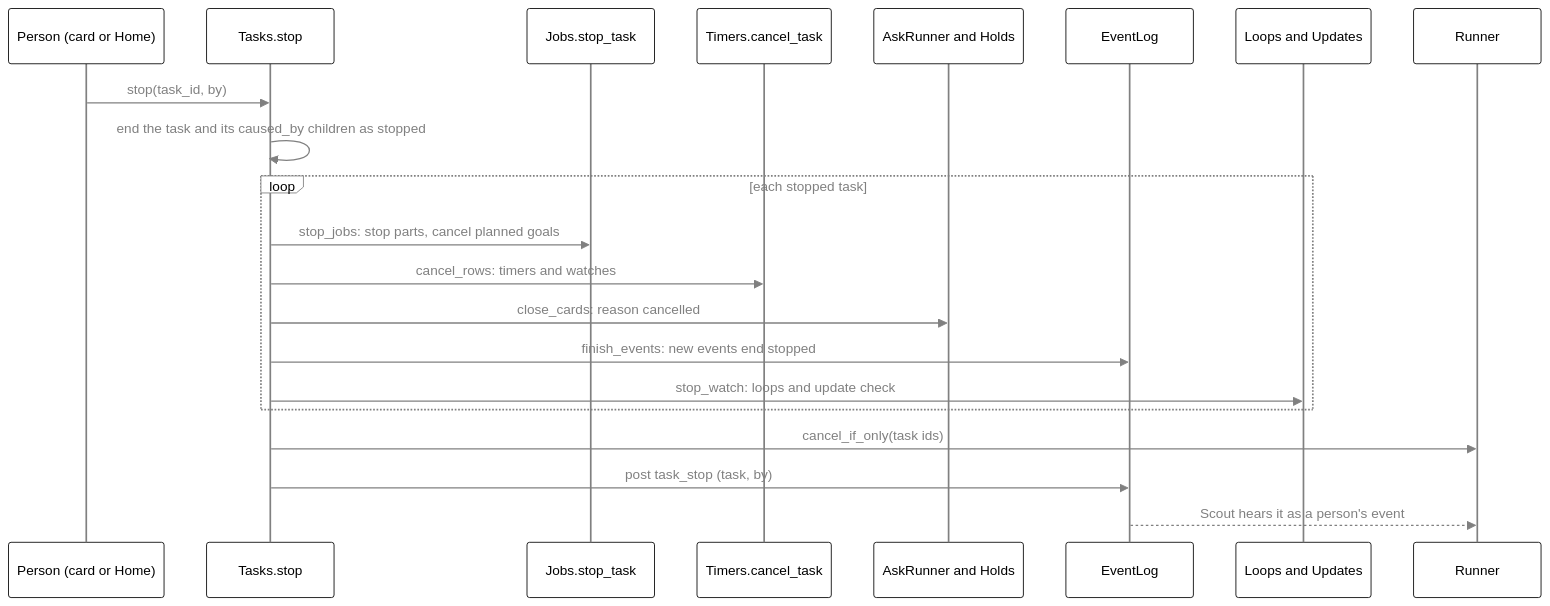
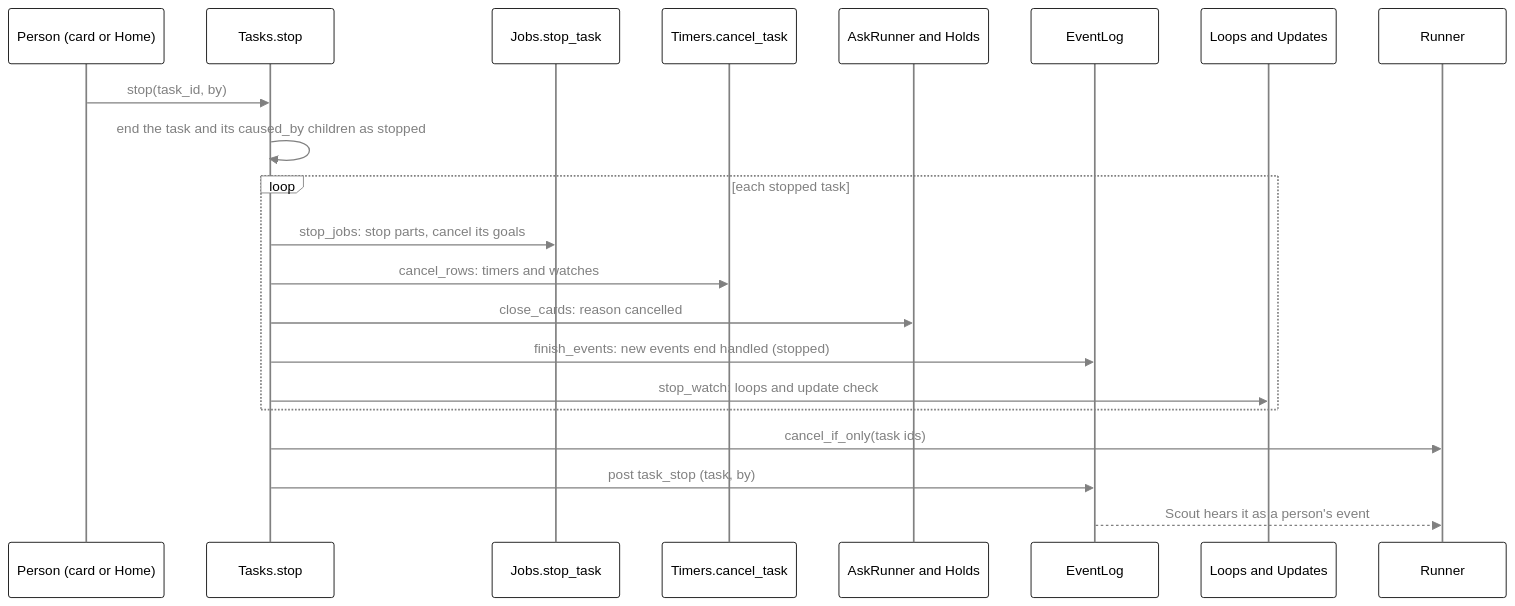
One commit to nadeem4/tagalong changed the fourth of 5 diagrams in docs/brain/tasks.md. Above: the diagram before and after it, drawn with Mermaid. The commit also changed other lines of this file and 3 other files, not shown here.

````diff
--- a/docs/brain/tasks.md
+++ b/docs/brain/tasks.md
@@ -160,24 +167,24 @@
 ```mermaid
 %%{init: {"theme": "base", "themeVariables": {"primaryColor": "#ffffff", "primaryTextColor": "#000000", "primaryBorderColor": "#000000", "lineColor": "#808080", "arrowheadColor": "#808080", "secondaryColor": "#f2f2f2", "tertiaryColor": "#ffffff", "clusterBkg": "#f7f7f7", "clusterBorder": "#808080", "edgeLabelBackground": "#ffffff", "titleColor": "#808080", "actorBkg": "#ffffff", "actorBorder": "#000000", "actorTextColor": "#000000", "actorLineColor": "#808080", "signalColor": "#808080", "signalTextColor": "#808080", "sequenceNumberColor": "#ffffff", "labelBoxBkgColor": "#ffffff", "labelBoxBorderColor": "#808080", "labelTextColor": "#000000", "loopTextColor": "#808080", "noteBkgColor": "#f7f7f7", "noteBorderColor": "#808080", "noteTextColor": "#000000", "activationBkgColor": "#f7f7f7", "activationBorderColor": "#808080", "fontFamily": "Segoe UI, Helvetica, Arial, sans-serif"}, "themeCSS": ".relationshipLabelBox{opacity:1} .relationshipLabelBox rect{opacity:1}"}}%%
 sequenceDiagram
     participant P as Person (card or Home)
     participant T as Tasks.stop
     participant J as Jobs.stop_task
     participant TM as Timers.cancel_task
     participant C as AskRunner and Holds
     participant E as EventLog
     participant W as Loops and Updates
     participant R as Runner
     P->>T: stop(task_id, by)
     T->>T: end the task and its caused_by children as stopped
     loop each stopped task
-        T->>J: stop_jobs: stop parts, cancel planned goals
+        T->>J: stop_jobs: stop parts, cancel its goals
         T->>TM: cancel_rows: timers and watches
         T->>C: close_cards: reason cancelled
-        T->>E: finish_events: new events end stopped
+        T->>E: finish_events: new events end handled (stopped)
         T->>W: stop_watch: loops and update check
     end
     T->>R: cancel_if_only(task ids)
     T->>E: post task_stop (task, by)
     E-->>R: Scout hears it as a person's event
 ```
````
